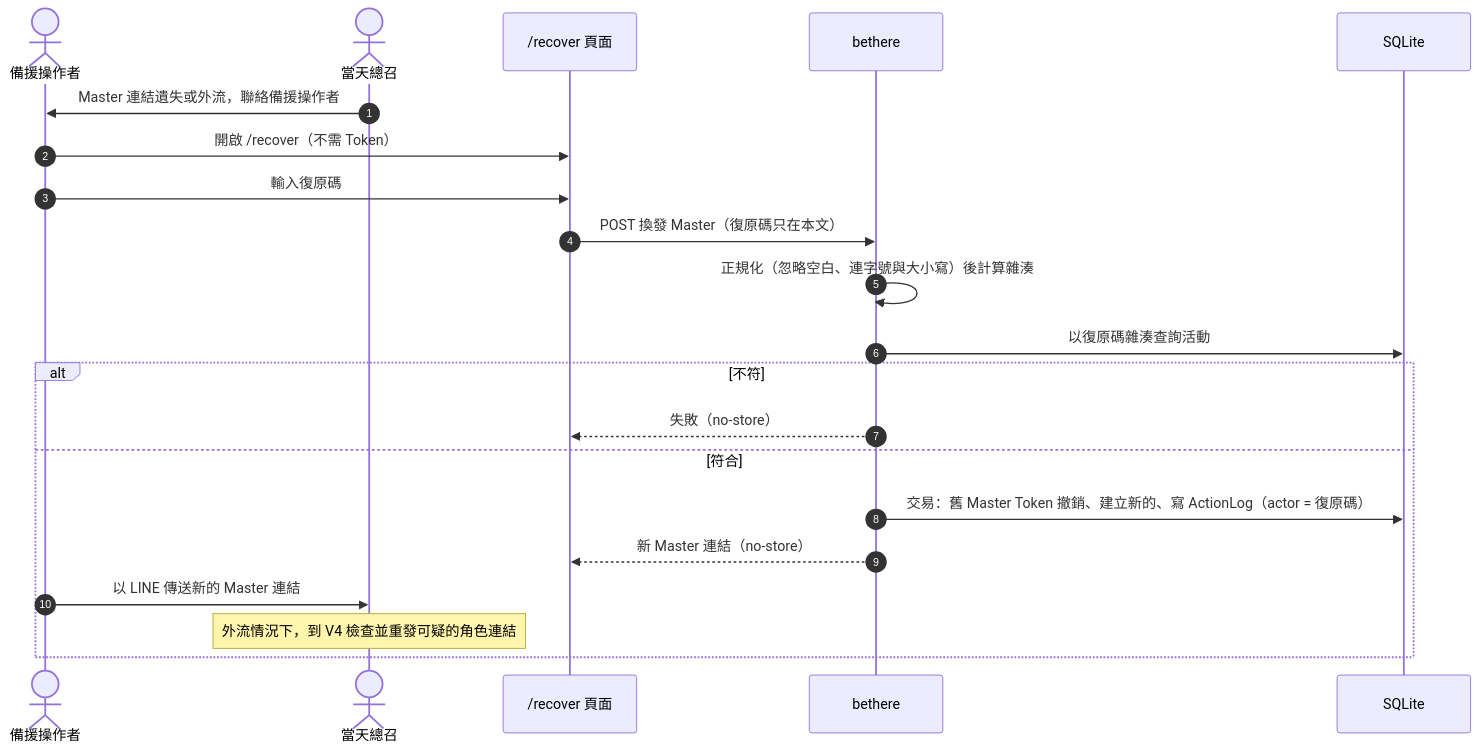
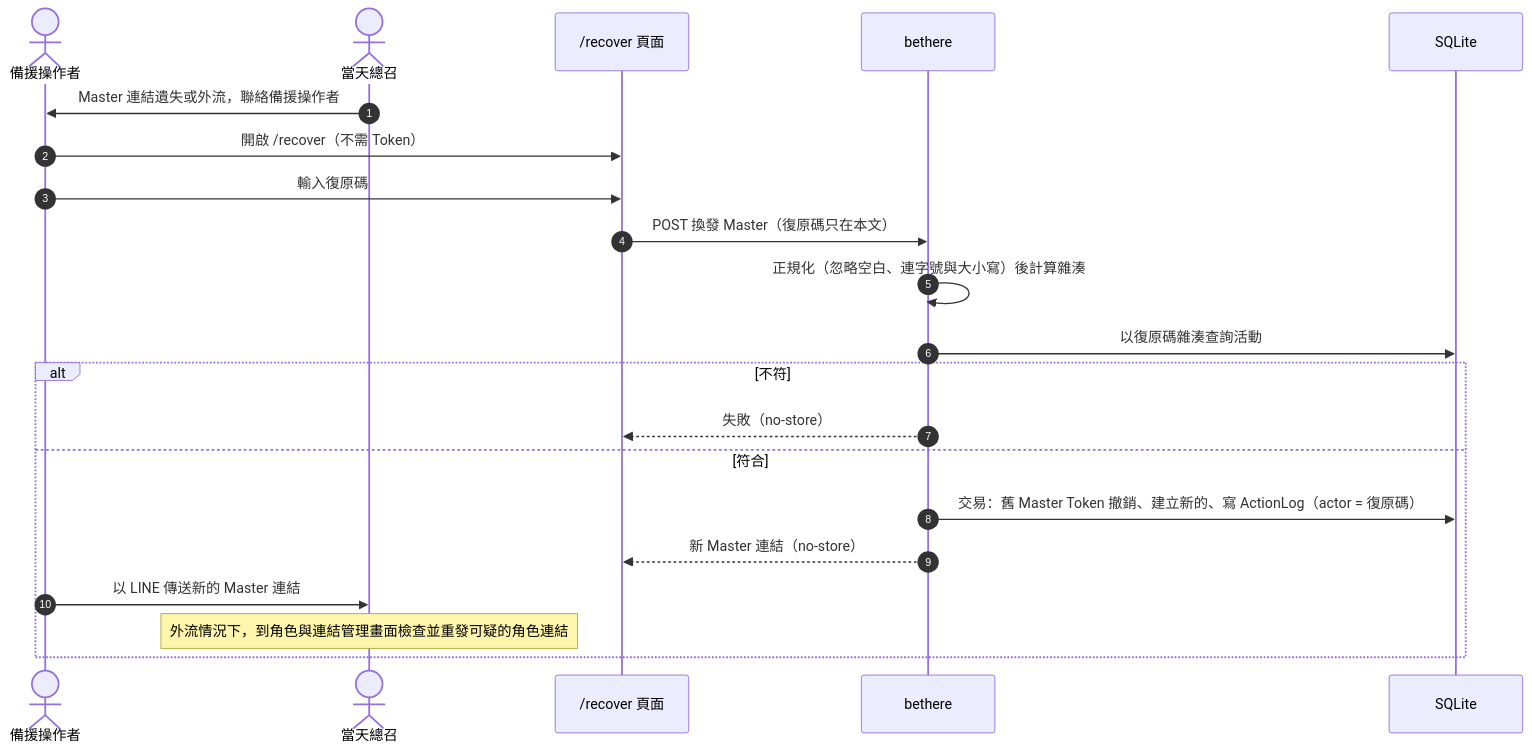
Before and after one commit to BensonPigo/bethere: the first of 3 diagrams in docs/design/access-control.md, drawn with Mermaid. The commit also changed other lines of this file and 63 other files, not shown here.

````diff
--- a/docs/design/access-control.md
+++ b/docs/design/access-control.md
@@ -42,24 +42,24 @@
 ```mermaid
 sequenceDiagram
     autonumber
     actor O as 備援操作者
     actor M as 當天總召
     participant B as /recover 頁面
     participant S as bethere
     participant D as SQLite
 
     M->>O: Master 連結遺失或外流，聯絡備援操作者
     O->>B: 開啟 /recover（不需 Token）
     O->>B: 輸入復原碼
     B->>S: POST 換發 Master（復原碼只在本文）
     S->>S: 正規化（忽略空白、連字號與大小寫）後計算雜湊
     S->>D: 以復原碼雜湊查詢活動
     alt 不符
         S-->>B: 失敗（no-store）
     else 符合
         S->>D: 交易：舊 Master Token 撤銷、建立新的、寫 ActionLog（actor = 復原碼）
         S-->>B: 新 Master 連結（no-store）
         O->>M: 以 LINE 傳送新的 Master 連結
-        Note over M: 外流情況下，到 V4 檢查並重發可疑的角色連結
+        Note over M: 外流情況下，到角色與連結管理畫面檢查並重發可疑的角色連結
     end
 ```
````
